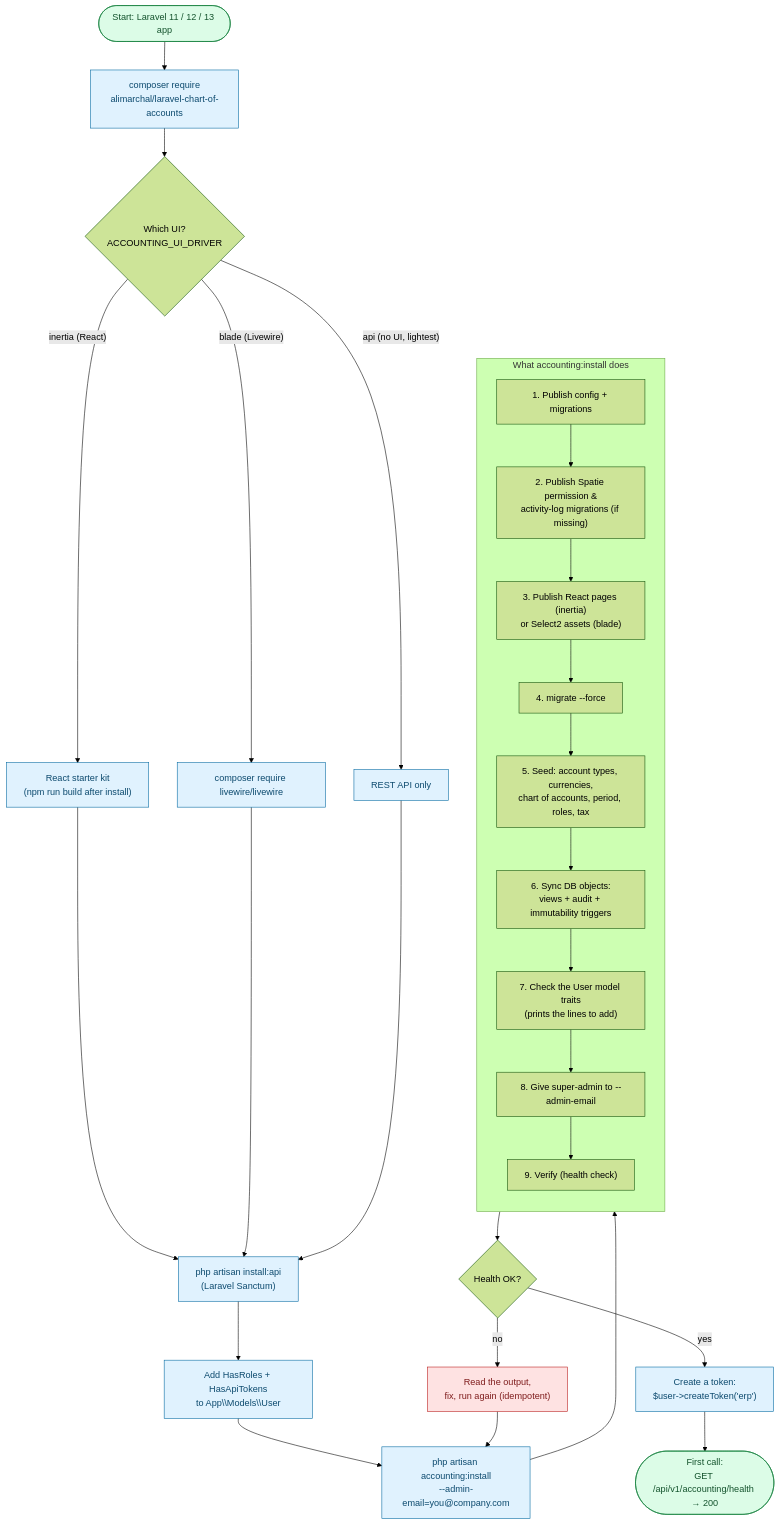
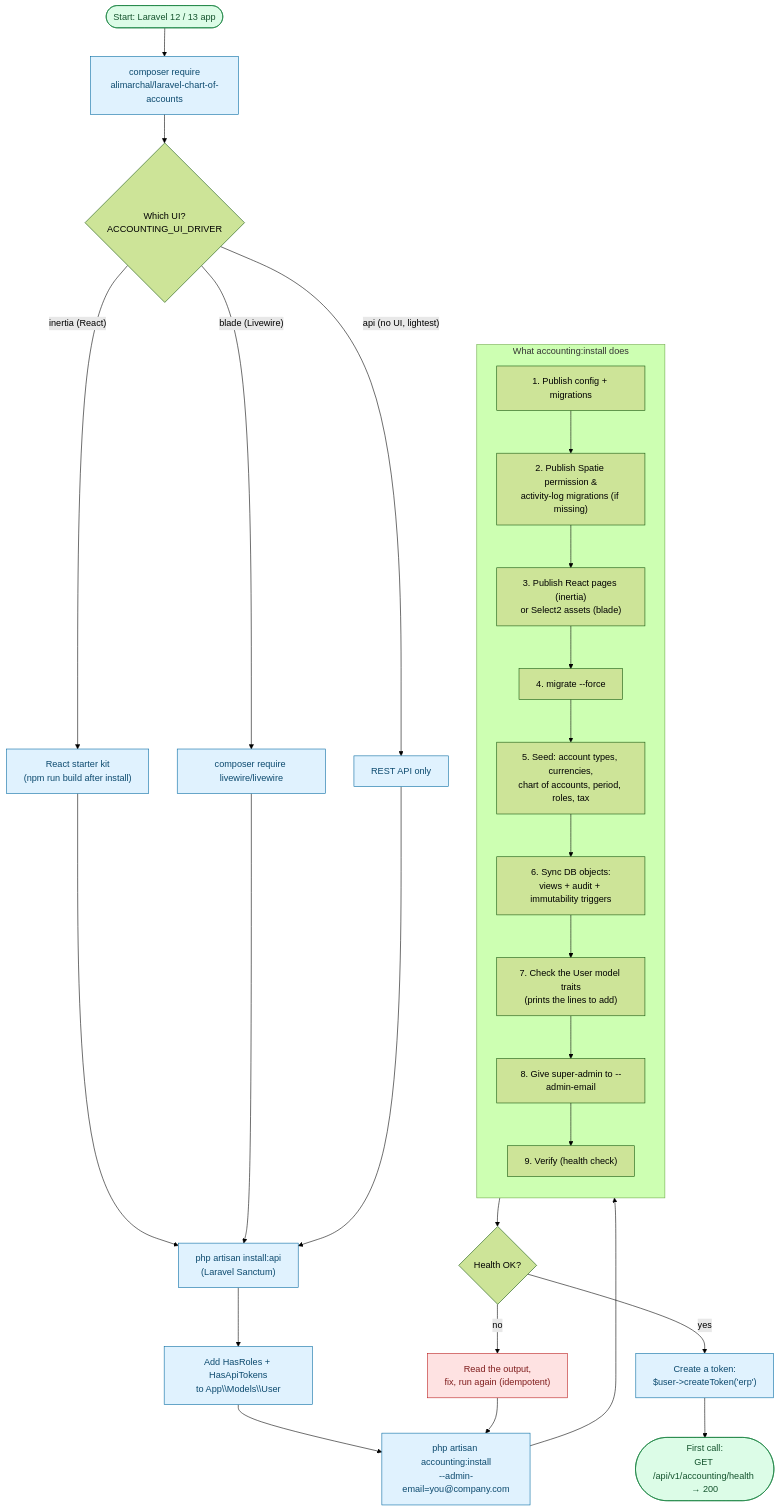
The diagram in docs/diagrams/02-installation.mmd (alimarchal/laravel-chart-of-accounts-package), drawn with Mermaid (forest theme) before and after one commit. The commit also changed 35 other files, not shown here.

```diff
--- a/docs/diagrams/02-installation.mmd
+++ b/docs/diagrams/02-installation.mmd
@@ -1,37 +1,37 @@
 flowchart TD
-    A(["Start: Laravel 11 / 12 / 13 app"]) --> B["composer require<br/>alimarchal/laravel-chart-of-accounts"]
+    A(["Start: Laravel 12 / 13 app"]) --> B["composer require<br/>alimarchal/laravel-chart-of-accounts"]
     B --> C{"Which UI?<br/>ACCOUNTING_UI_DRIVER"}
     C -->|"inertia (React)"| C1["React starter kit<br/>(npm run build after install)"]
     C -->|"blade (Livewire)"| C2["composer require livewire/livewire"]
     C -->|"api (no UI, lightest)"| C3["REST API only"]
     C1 --> D
     C2 --> D
     C3 --> D
     D["php artisan install:api<br/>(Laravel Sanctum)"] --> E["Add HasRoles + HasApiTokens<br/>to App\\Models\\User"]
     E --> F["php artisan accounting:install<br/>--admin-email=you@company.com"]
 
     subgraph Install["What accounting:install does"]
         direction TB
         F1["1. Publish config + migrations"] --> F2["2. Publish Spatie permission &<br/>activity-log migrations (if missing)"]
         F2 --> F3["3. Publish React pages (inertia)<br/>or Select2 assets (blade)"]
         F3 --> F4["4. migrate --force"]
         F4 --> F5["5. Seed: account types, currencies,<br/>chart of accounts, period, roles, tax"]
         F5 --> F6["6. Sync DB objects:<br/>views + audit + immutability triggers"]
         F6 --> F6b["7. Check the User model traits<br/>(prints the lines to add)"]
         F6b --> F7["8. Give super-admin to --admin-email"]
         F7 --> F8["9. Verify (health check)"]
     end
 
     F --> F1
     F8 --> G{"Health OK?"}
     G -->|no| H["Read the output,<br/>fix, run again (idempotent)"]
     H --> F
     G -->|yes| I["Create a token:<br/>$user->createToken('erp')"]
     I --> J(["First call:<br/>GET /api/v1/accounting/health → 200"])
 
     classDef step fill:#e0f2fe,stroke:#0369a1,color:#0c4a6e
     classDef ok fill:#dcfce7,stroke:#15803d,color:#14532d
     classDef warn fill:#fee2e2,stroke:#b91c1c,color:#7f1d1d
     class B,D,E,F,I,C1,C2,C3 step
     class J,A ok
     class H warn
```
